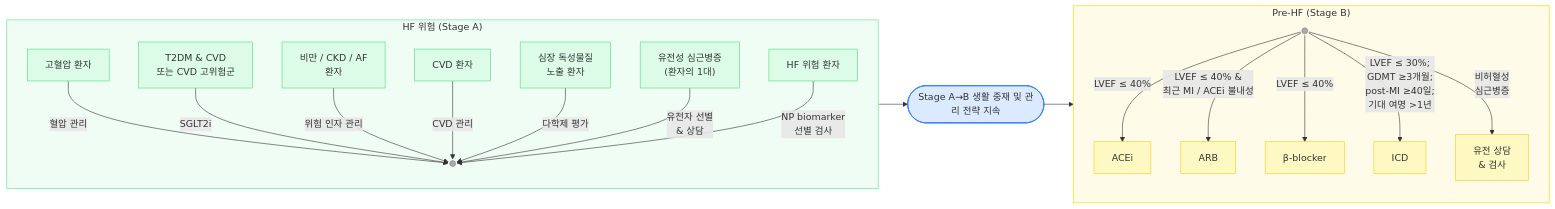
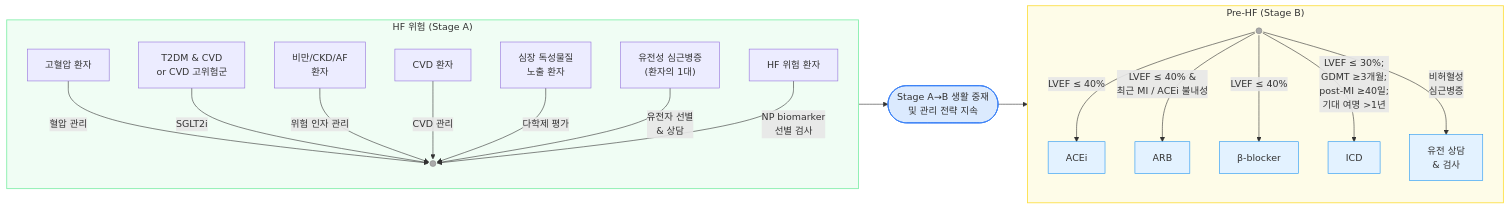
The fourth of 7 diagrams in 225_/098_-heart-failure.md (familyoh77/familyoh77), drawn with Mermaid before and after one commit. The commit also changed other lines of this file, not shown here.

````diff
--- a/225_/098_-heart-failure.md
+++ b/225_/098_-heart-failure.md
@@ -244,39 +258,37 @@
 ```mermaid
 flowchart LR
     subgraph SA["HF 위험 (Stage A)"]
         direction TB
         A1["고혈압 환자"] -->|"혈압 관리"| SA_OUT
-        A2["T2DM & CVD\n또는 CVD 고위험군"] -->|"SGLT2i"| SA_OUT
-        A3["비만 / CKD / AF\n환자"] -->|"위험 인자 관리"| SA_OUT
+        A2["T2DM & CVD\n or CVD 고위험군"] -->|"SGLT2i"| SA_OUT
+        A3["비만/CKD/AF\n환자"] -->|"위험 인자 관리"| SA_OUT
         A4["CVD 환자"] -->|"CVD 관리"| SA_OUT
         A5["심장 독성물질\n노출 환자"] -->|"다학제 평가"| SA_OUT
         A6["유전성 심근병증\n(환자의 1대)"] -->|"유전자 선별\n& 상담"| SA_OUT
         A7["HF 위험 환자"] -->|"NP biomarker\n선별 검사"| SA_OUT
         SA_OUT((" "))
         style SA_OUT fill:#aaa,stroke:#888,r:5px
     end
 
-    ARROW(["Stage A→B 생활 중재 및 관리 전략 지속"])
+    ARROW(["Stage A→B 생활 중재 <br/>및 관리 전략 지속"])
     style ARROW fill:#dbeafe,stroke:#3b82f6,stroke-width:1.5px
 
     subgraph SB["Pre-HF (Stage B)"]
         direction TB
         SB_IN((" "))
         style SB_IN fill:#aaa,stroke:#888,r:5px
         SB_IN -->|"LVEF ≤ 40%"| B1["ACEi"]
         SB_IN -->|"LVEF ≤ 40% &\n최근 MI / ACEi 불내성"| B2["ARB"]
         SB_IN -->|"LVEF ≤ 40%"| B3["β-blocker"]
         SB_IN -->|"LVEF ≤ 30%;\nGDMT ≥3개월;\npost-MI ≥40일;\n기대 여명 >1년"| B4["ICD"]
         SB_IN -->|"비허혈성\n심근병증"| B5["유전 상담\n& 검사"]
     end
 
     style SA fill:#f0fdf4,stroke:#86efac,stroke-width:1.5px
     style SB fill:#fefce8,stroke:#fde047,stroke-width:1.5px
     SA_OUT --> ARROW
     ARROW --> SB_IN
 
-    classDef greenBox fill:#dcfce7,stroke:#4ade80,stroke-width:1px
-    classDef yellowBox fill:#fef9c3,stroke:#facc15,stroke-width:1px
-    class A1,A2,A3,A4,A5,A6,A7 greenBox
-    class B1,B2,B3,B4,B5 yellowBox
+classDef sky fill:#e3f2ff,stroke:#2196f3
+class B1,B2,B3,B4,B5 sky
 ```
````
